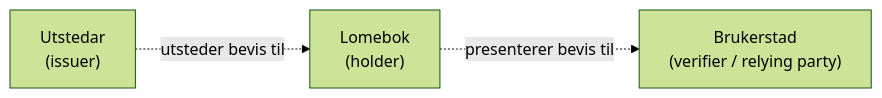
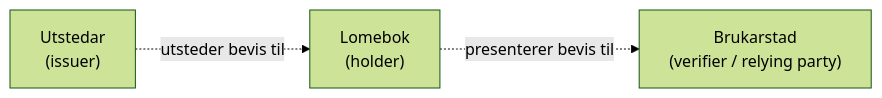
The first of 3 diagrams in _docs/lommebok/lommebok_arkitektur.md (felleslosninger/docs), drawn with Mermaid (forest theme) before and after one commit. The commit also changed other lines of this file, not shown here.

```diff
--- a/_docs/lommebok/lommebok_arkitektur.md
+++ b/_docs/lommebok/lommebok_arkitektur.md
@@ -18,13 +14,13 @@
 <div class="mermaid">
 graph LR
   direction LR
   I["Utstedar 
 (issuer)"]
   H["Lomebok 
 (holder)"]
-  V["Brukerstad 
+  V["Brukarstad 
 (verifier / relying party)"]
 
   I -. utsteder bevis til .-> H
   H -. presenterer bevis til .-> V
 </div>
```
